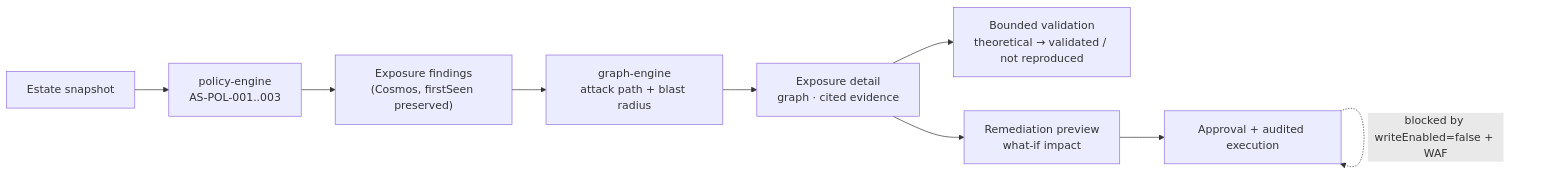
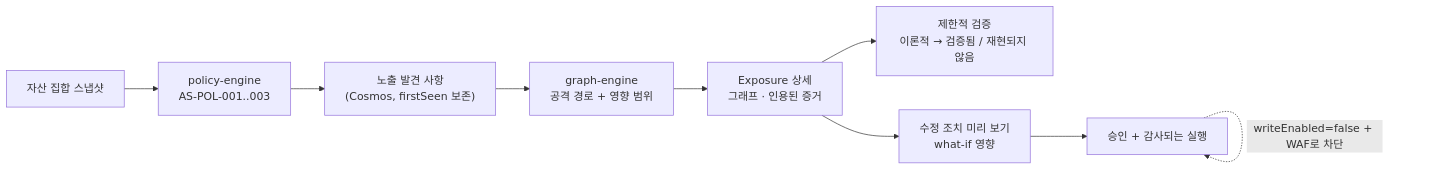
Before and after one commit to YOONPYOGitHub/agent-sentinel: the second of 2 diagrams in docs/product-overview.md, drawn with Mermaid. The commit also changed other lines of this file and 9 other files, not shown here.

````diff
--- a/docs/product-overview.md
+++ b/docs/product-overview.md
@@ -66,11 +73,11 @@
 ```mermaid
 flowchart LR
-    S["Estate snapshot"] --> P["policy-engine<br/>AS-POL-001..003"]
-    P --> F["Exposure findings<br/>(Cosmos, firstSeen preserved)"]
-    F --> G["graph-engine<br/>attack path + blast radius"]
-    G --> D["Exposure detail<br/>graph · cited evidence"]
-    D --> V["Bounded validation<br/>theoretical → validated / not reproduced"]
-    D --> R["Remediation preview<br/>what-if impact"]
-    R --> A["Approval + audited execution"]
-    A -.blocked by writeEnabled=false + WAF.-> A
+    S["자산 집합 스냅샷"] --> P["policy-engine<br/>AS-POL-001..003"]
+    P --> F["노출 발견 사항<br/>(Cosmos, firstSeen 보존)"]
+    F --> G["graph-engine<br/>공격 경로 + 영향 범위"]
+    G --> D["Exposure 상세<br/>그래프 · 인용된 증거"]
+    D --> V["제한적 검증<br/>이론적 → 검증됨 / 재현되지 않음"]
+    D --> R["수정 조치 미리 보기<br/>what-if 영향"]
+    R --> A["승인 + 감사되는 실행"]
+    A -.writeEnabled=false + WAF로 차단.-> A
 ```
````
